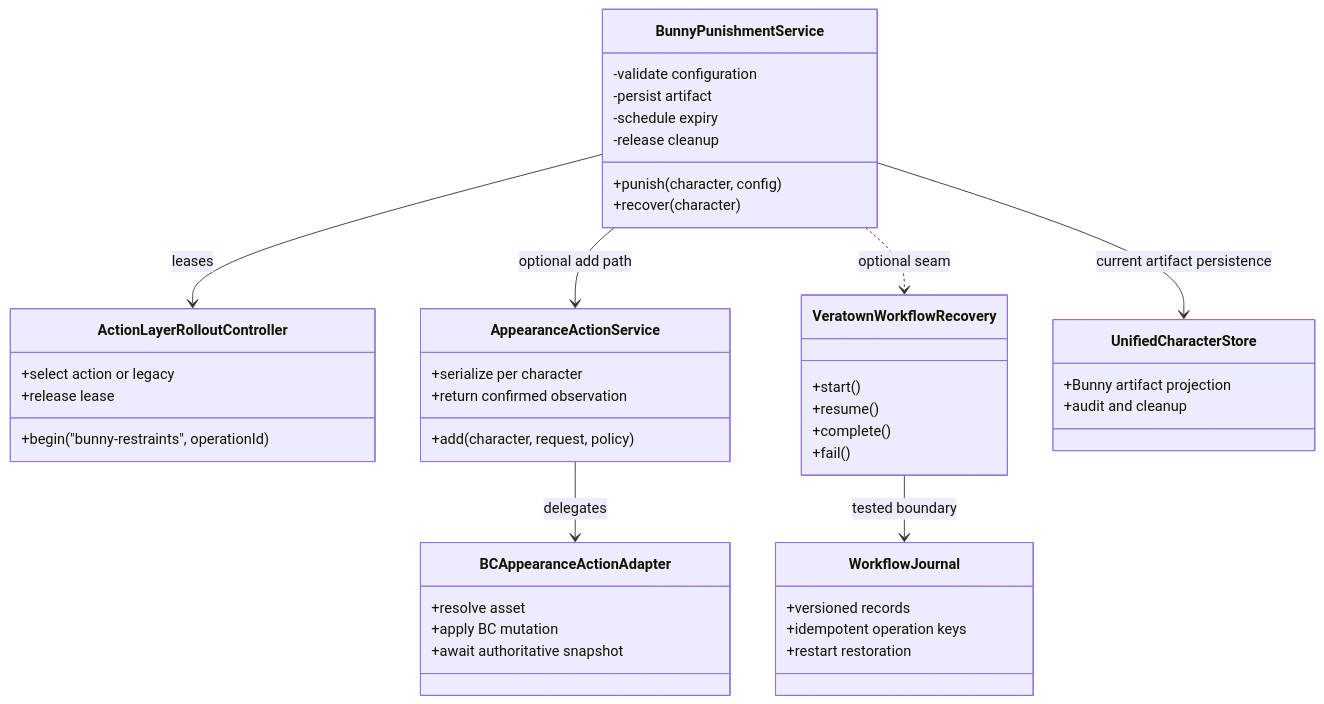
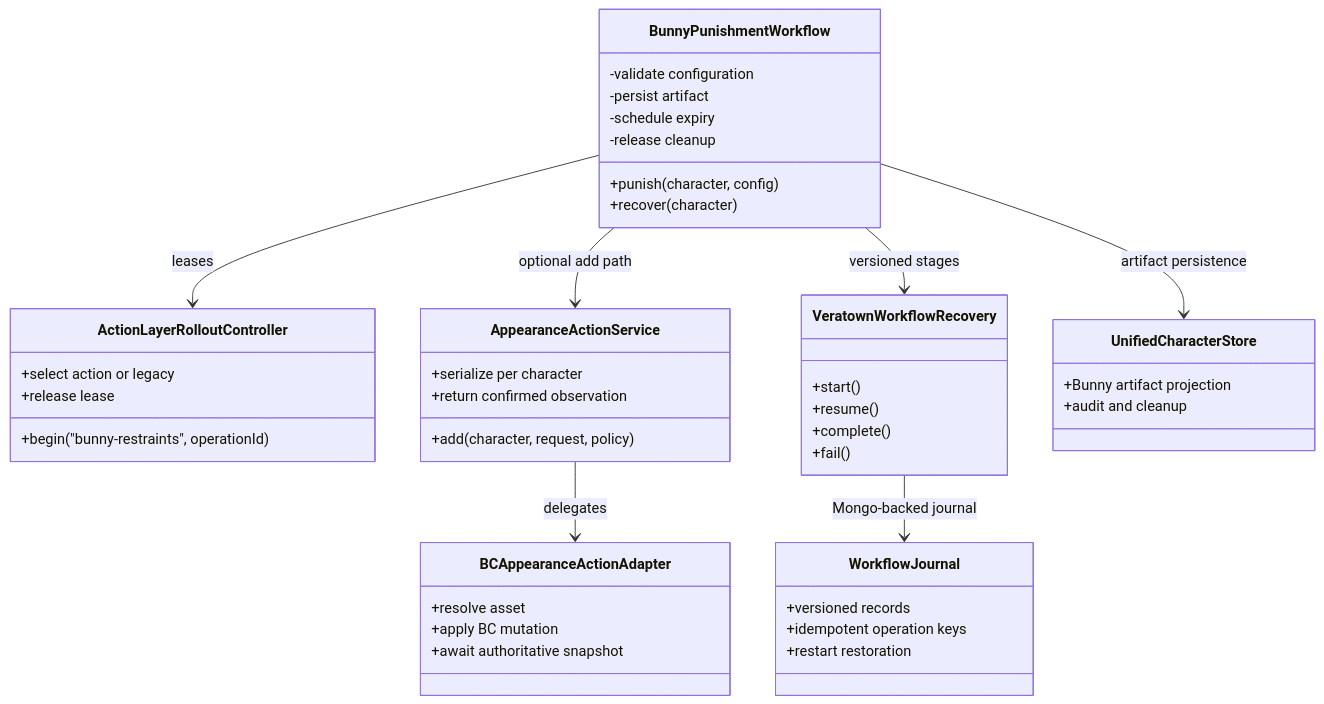
Before and after one commit to Rarsus/veratown: the first of 5 diagrams in docs/ARCHITECTURE/MIGRATED_FEATURES.md, drawn with Mermaid. The commit also changed other lines of this file and 9 other files, not shown here.

Commit message:
feat: wire Bunny workflow recovery and Mongo journal

````diff
--- a/docs/ARCHITECTURE/MIGRATED_FEATURES.md
+++ b/docs/ARCHITECTURE/MIGRATED_FEATURES.md
@@ -79,48 +73,48 @@
 ```mermaid
 classDiagram
-    class BunnyPunishmentService {
+    class BunnyPunishmentWorkflow {
         +punish(character, config)
         +recover(character)
         -validate configuration
         -persist artifact
         -schedule expiry
         -release cleanup
     }
     class ActionLayerRolloutController {
         +begin("bunny-restraints", operationId)
         +select action or legacy
         +release lease
     }
     class AppearanceActionService {
         +add(character, request, policy)
         +serialize per character
         +return confirmed observation
     }
     class BCAppearanceActionAdapter {
         +resolve asset
         +apply BC mutation
         +await authoritative snapshot
     }
     class VeratownWorkflowRecovery {
         +start()
         +resume()
         +complete()
         +fail()
     }
     class WorkflowJournal {
         +versioned records
         +idempotent operation keys
         +restart restoration
     }
     class UnifiedCharacterStore {
         +Bunny artifact projection
         +audit and cleanup
     }
 
-    BunnyPunishmentService --> ActionLayerRolloutController : leases
-    BunnyPunishmentService --> AppearanceActionService : optional add path
+    BunnyPunishmentWorkflow --> ActionLayerRolloutController : leases
+    BunnyPunishmentWorkflow --> AppearanceActionService : optional add path
     AppearanceActionService --> BCAppearanceActionAdapter : delegates
-    BunnyPunishmentService --> UnifiedCharacterStore : current artifact persistence
-    BunnyPunishmentService ..> VeratownWorkflowRecovery : optional seam
-    VeratownWorkflowRecovery --> WorkflowJournal : tested boundary
+    BunnyPunishmentWorkflow --> UnifiedCharacterStore : artifact persistence
+    BunnyPunishmentWorkflow --> VeratownWorkflowRecovery : versioned stages
+    VeratownWorkflowRecovery --> WorkflowJournal : Mongo-backed journal
 ```
````
